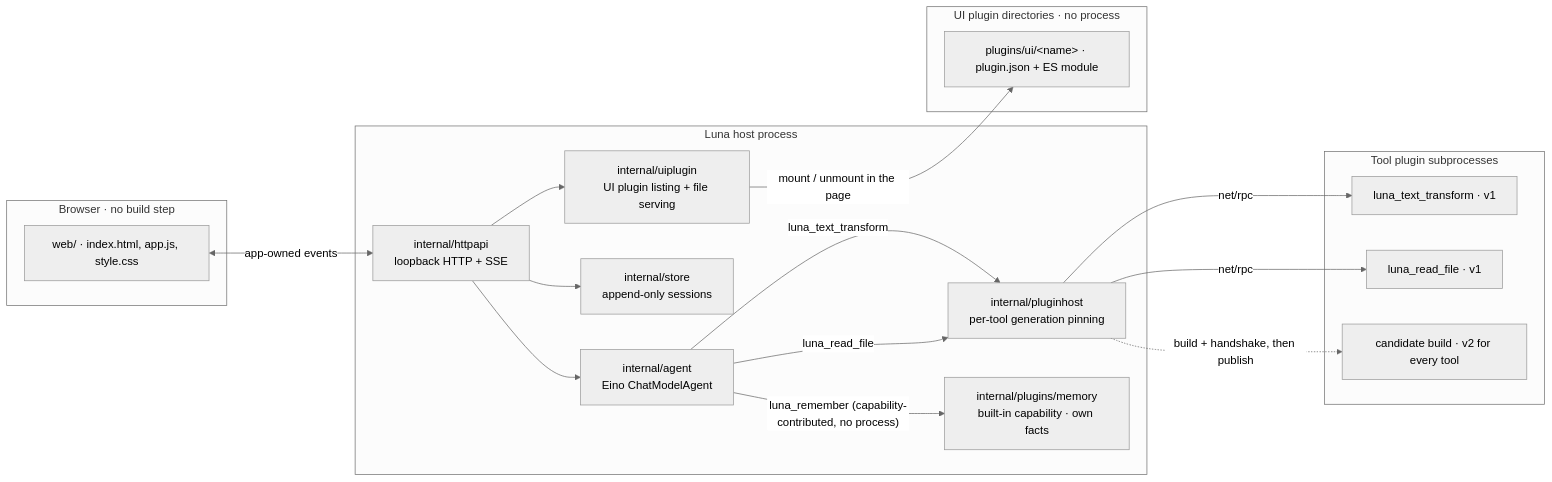
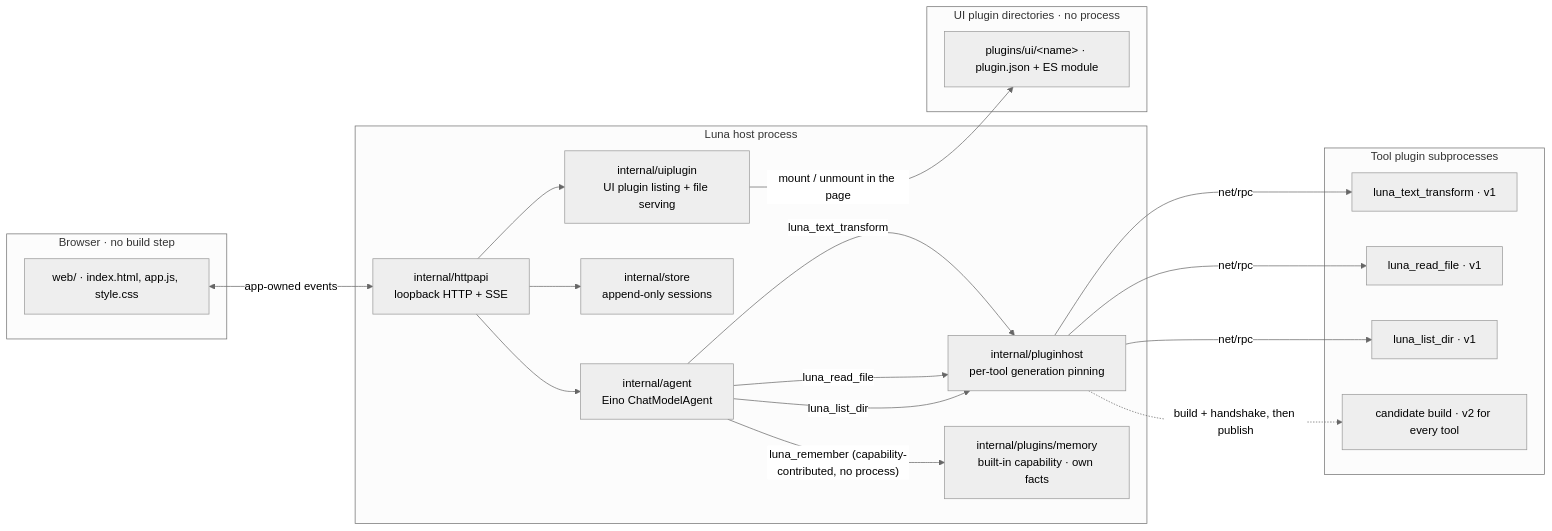
One commit to Qaraku/luna-agent changed the diagram in README.md. Above: the diagram before and after it, drawn with Mermaid (neutral theme). The commit also changed other lines of this file and 1 other file, not shown here.

````diff
--- a/README.md
+++ b/README.md
@@ -13,37 +13,40 @@
 ```mermaid
 flowchart LR
     subgraph Browser["Browser · no build step"]
         UI["web/ · index.html, app.js, style.css"]
     end
 
     subgraph Host["Luna host process"]
         API["internal/httpapi<br/>loopback HTTP + SSE"]
         Agent["internal/agent<br/>Eino ChatModelAgent"]
         PH["internal/pluginhost<br/>per-tool generation pinning"]
         Mem["internal/plugins/memory<br/>built-in capability · own facts"]
         Store["internal/store<br/>append-only sessions"]
         UIP["internal/uiplugin<br/>UI plugin listing + file serving"]
     end
 
     subgraph Plugins["Tool plugin subprocesses"]
         T1["luna_text_transform · v1"]
         R1["luna_read_file · v1"]
+        D1["luna_list_dir · v1"]
         C["candidate build · v2 for every tool"]
     end
 
     subgraph UIPlugins["UI plugin directories · no process"]
         UIPlug["plugins/ui/&lt;name&gt; · plugin.json + ES module"]
     end
 
     UI <-->|"app-owned events"| API
     API --> Agent
     API --> Store
     API --> UIP
     Agent -->|"luna_remember (capability-contributed, no process)"| Mem
     Agent -->|"luna_text_transform"| PH
     Agent -->|"luna_read_file"| PH
+    Agent -->|"luna_list_dir"| PH
     PH -->|"net/rpc"| T1
     PH -->|"net/rpc"| R1
+    PH -->|"net/rpc"| D1
     PH -.->|"build + handshake, then publish"| C
     UIP -->|"mount / unmount in the page"| UIPlug
 ```
````
